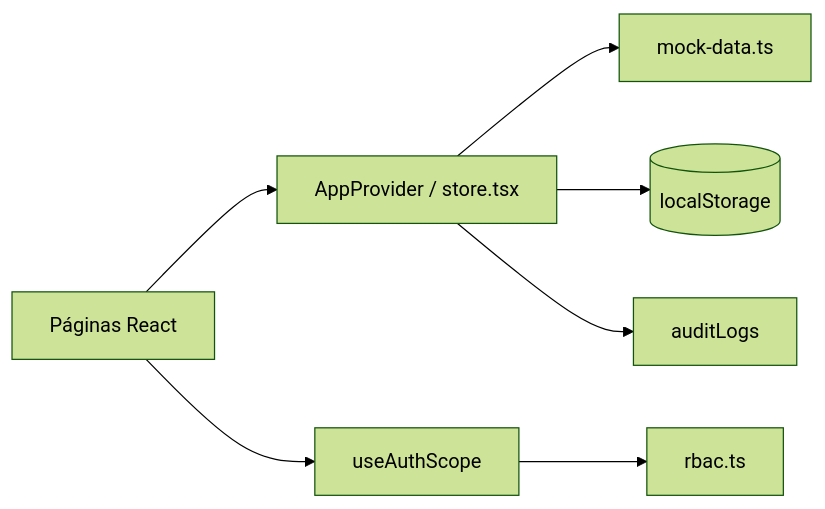
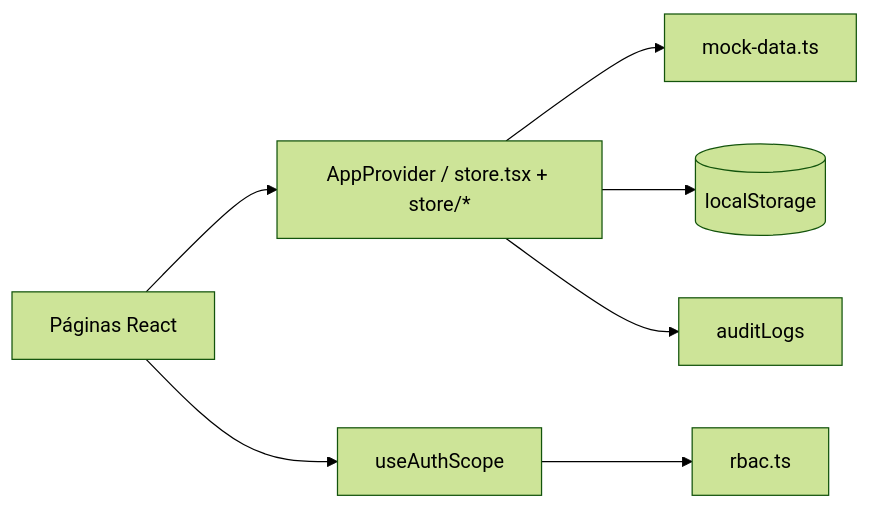
The diagram in README.md (GrigoriDevv/navoxi-lms), drawn with Mermaid (forest theme) before and after one commit. The commit also changed other lines of this file and 7 other files, not shown here.

First line of the commit message:
refactor: split AppProvider store into auth, learning, and notifications domains

````diff
--- a/README.md
+++ b/README.md
@@ -244,9 +250,9 @@
 ```mermaid
 flowchart LR
-  UI[Páginas React] --> Store[AppProvider / store.tsx]
+  UI[Páginas React] --> Store[AppProvider / store.tsx + store/*]
   Store --> Mock[mock-data.ts]
   Store --> LS[(localStorage)]
   UI --> Scope[useAuthScope]
   Scope --> RBAC[rbac.ts]
   Store --> Audit[auditLogs]
 ```
````
